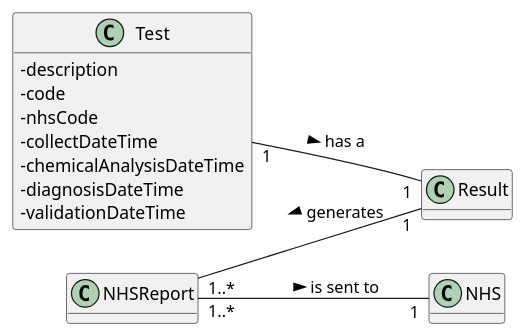
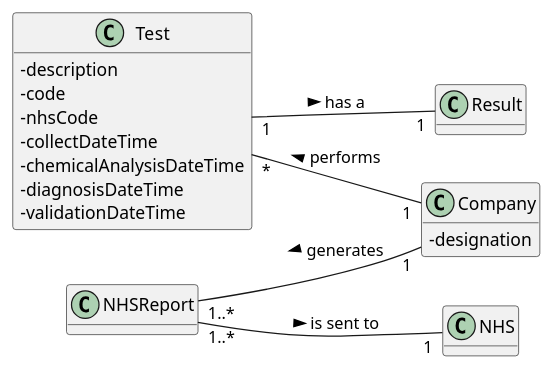
Before and after one commit to 0franciscor/lei-21-s2-1de-g19: the diagram in docs/SprintD/US18/US18-MD.puml, drawn with PlantUML. The commit also changed 1 other file, not shown here.

```diff
--- a/docs/SprintD/US18/US18-MD.puml
+++ b/docs/SprintD/US18/US18-MD.puml
@@ -1,37 +1,43 @@
 @startuml
 'https://plantuml.com/class-diagram
 
 hide methods
 skinparam classAttributeIconSize 0
 left to right direction
 
 
 class Test
 class Result
 class NHSReport
 class NHS
+class Company
 
 Test "1" -- "1" Result : > has a
-NHSReport "1..*" -- "1" Result : < generates
+NHSReport "1..*" -- "1" Company : < generates
 NHSReport "1..*" -- "1" NHS : > is sent to
+Test "*" -- "1" Company : < performs
 
 class Test{
 -description
 -code
 -nhsCode
 -collectDateTime
 -chemicalAnalysisDateTime
 -diagnosisDateTime
 -validationDateTime
 }
 
 class Result {
 }
 
 class NHSReport {
 }
 
 class NHS {
 }
 
+class Company{
+-designation
+}
+
 @enduml
```
